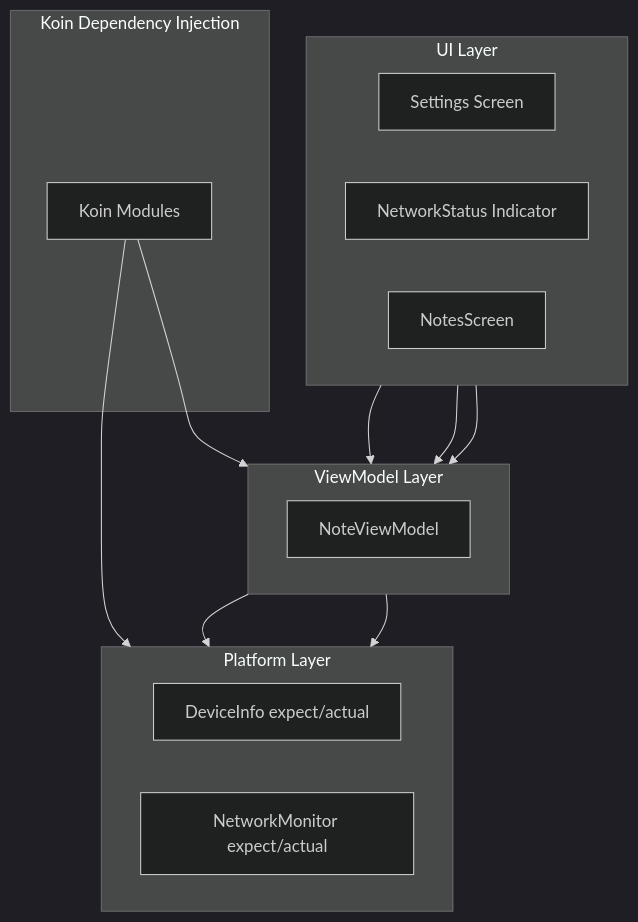
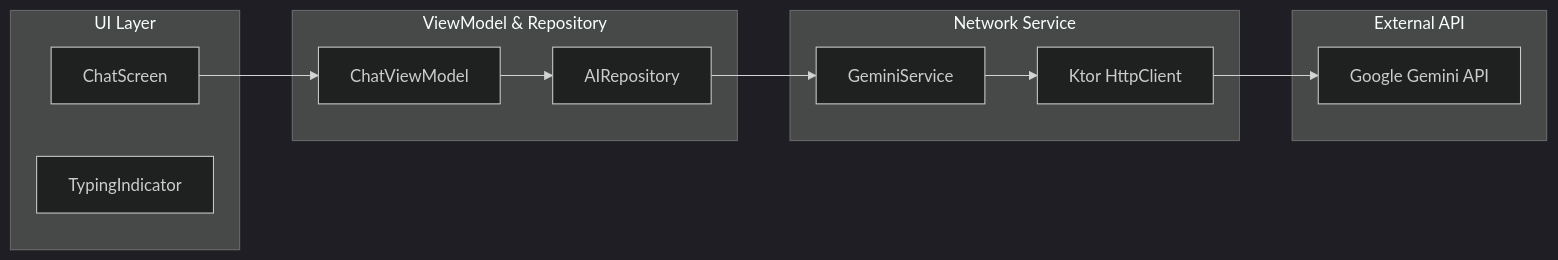
One commit to 16-123140161-ExaudiAminHutasoit/Praktikum-PAM changed the diagram in README.md. Above: the diagram before and after it, drawn with Mermaid (dark theme). The commit also changed other lines of this file and 19 other files, not shown here.

````diff
--- a/README.md
+++ b/README.md
@@ -17,39 +17,27 @@
 ```mermaid
-graph TD
-    %% Koin Layer
-    subgraph Koin [Koin Dependency Injection]
-        KM[Koin Modules]
+graph LR
+    subgraph UI_Layer [UI Layer]
+        CS[ChatScreen]
+        TI[TypingIndicator]
     end
 
-    %% UI Layer
-    subgraph UI [UI Layer]
-        direction LR
-        SS[Settings Screen]
-        NI[NetworkStatus Indicator]
-        NS[NotesScreen]
+    subgraph Logic_Layer [ViewModel & Repository]
+        CVM[ChatViewModel]
+        AR[AIRepository]
     end
 
-    %% ViewModel Layer
-    subgraph VM_Layer [ViewModel Layer]
-        direction LR
-        NVM[NoteViewModel]
+    subgraph Service_Layer [Network Service]
+        GS[GeminiService]
+        KC[Ktor HttpClient]
     end
 
-    %% Platform Layer
-    subgraph Platform [Platform Layer]
-        direction LR
-        DI[DeviceInfo expect/actual]
-        NM[NetworkMonitor expect/actual]
+    subgraph External [External API]
+        GAI[Google Gemini API]
     end
 
-    %% Flow Panah
-    KM --> VM_Layer
-    KM --> Platform
-
-    SS --> NVM
-    NI --> NVM
-    NS --> NVM
-
-    NVM --> DI
-    NVM --> NM
+    CS --> CVM
+    CVM --> AR
+    AR --> GS
+    GS --> KC
+    KC --> GAI
 ```
````
